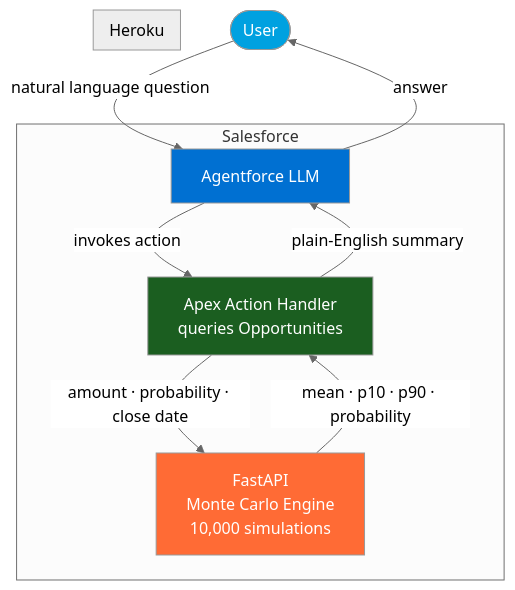
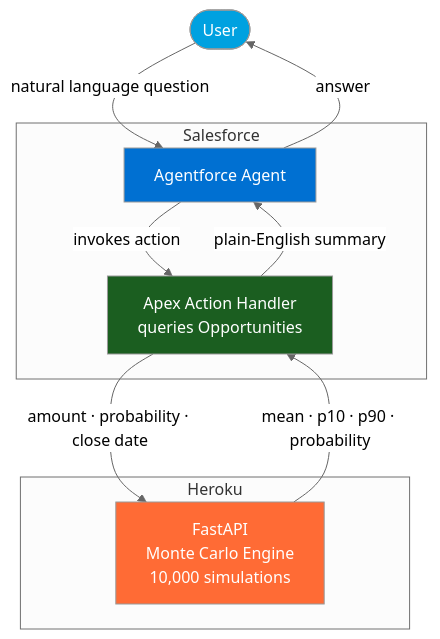
One commit to ejochims/Agentforce-Monte-Carlo-Analysis changed the diagram in README.md. Above: the diagram before and after it, drawn with Mermaid (neutral theme).

Commit message:
Refine architecture diagram — rename node and move API connections outside subgraphs

````diff
--- a/README.md
+++ b/README.md
@@ -103,23 +103,23 @@
 ```mermaid
 flowchart TD
-    U([User]) -->|natural language question| LLM
+    U([User]) -->|natural language question| AGT
 
     subgraph Salesforce
-        LLM[Agentforce LLM]
-        LLM -->|invokes action| APEX[Apex Action Handler\nqueries Opportunities]
-        APEX -->|amount · probability · close date| API
+        AGT[Agentforce Agent]
+        AGT -->|invokes action| APEX[Apex Action Handler\nqueries Opportunities]
     end
 
     subgraph Heroku [Heroku]
         API[FastAPI\nMonte Carlo Engine\n10,000 simulations]
     end
 
+    APEX -->|amount · probability · close date| API
     API -->|mean · p10 · p90 · probability| APEX
-    APEX -->|plain-English summary| LLM
-    LLM -->|answer| U
+    APEX -->|plain-English summary| AGT
+    AGT -->|answer| U
 
     style U fill:#00A1E0,color:#fff
-    style LLM fill:#0070D2,color:#fff
+    style AGT fill:#0070D2,color:#fff
     style APEX fill:#1B5E20,color:#fff
     style API fill:#FF6B35,color:#fff
 ```
````
